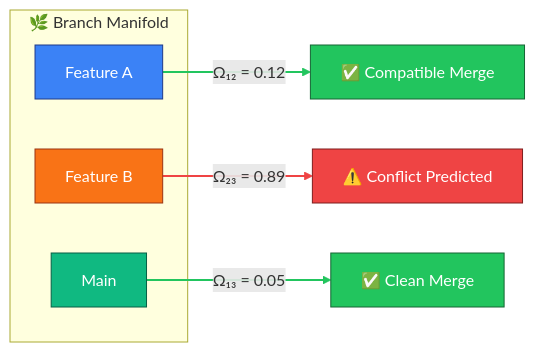
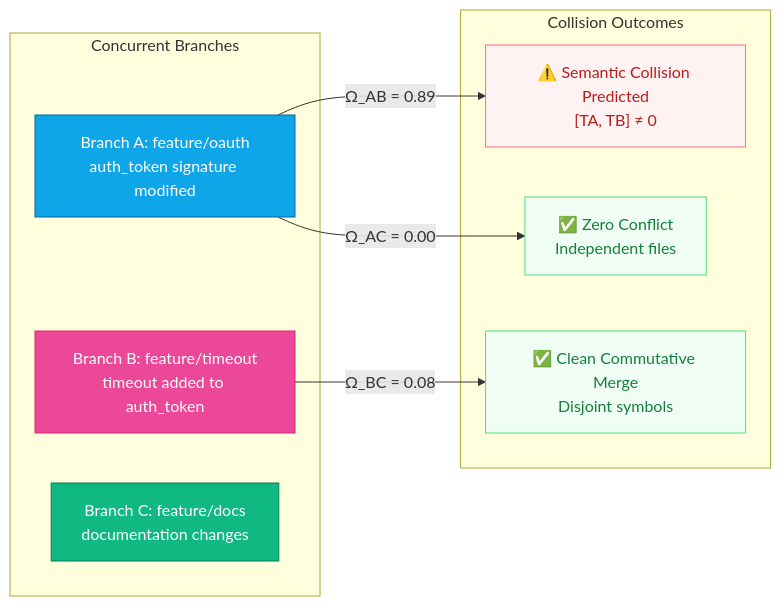
The third of 3 diagrams in README.md (Sarthak2233/GDSS), drawn with Mermaid before and after one commit. The commit also changed other lines of this file and 330 other files, not shown here.

First line of the commit message:
feat(core,ai,mcp,validation,ci): Semantic PR Collision Radar & Convergence Assistant

````diff
--- a/README.md
+++ b/README.md
@@ -315,22 +534,25 @@
 ```mermaid
 flowchart LR
-    subgraph Branches["🌿 Branch Manifold"]
-        A["Feature A"]
-        B["Feature B"]
-        C["Main"]
+    subgraph Branches["Concurrent Branches"]
+        BA["Branch A: feature/oauth<br>auth_token signature modified"]
+        BB["Branch B: feature/timeout<br>timeout added to auth_token"]
+        BC["Branch C: feature/docs<br>documentation changes"]
     end
-    
-    A -- "Ω₁₂ = 0.12" --> Conflict["✅ Compatible Merge"]
-    B -- "Ω₂₃ = 0.89" --> Conflict2["⚠️ Conflict Predicted"]
-    C -- "Ω₁₃ = 0.05" --> Conflict3["✅ Clean Merge"]
-    
-    style A fill:#3b82f6,stroke:#1e3a8a,color:#fff
-    style B fill:#f97316,stroke:#9a3412,color:#fff
-    style C fill:#10b981,stroke:#065f46,color:#fff
-    style Conflict fill:#22c55e,stroke:#166534,color:#fff
-    style Conflict2 fill:#ef4444,stroke:#7f1d1d,color:#fff
-    style Conflict3 fill:#22c55e,stroke:#166534,color:#fff
 
-    linkStyle 0,2 stroke:#22c55e,stroke-width:2px
-    linkStyle 1 stroke:#ef4444,stroke-width:2px
+    subgraph Outcomes["Collision Outcomes"]
+        OC1["⚠️ Semantic Collision Predicted<br>[TA, TB] ≠ 0"]
+        OC2["✅ Clean Commutative Merge<br>Disjoint symbols"]
+        OC3["✅ Zero Conflict<br>Independent files"]
+    end
+
+    BA -->|"Ω_AB = 0.89"| OC1
+    BB -->|"Ω_BC = 0.08"| OC2
+    BA -->|"Ω_AC = 0.00"| OC3
+
+    style BA fill:#0ea5e9,stroke:#0369a1,color:#fff
+    style BB fill:#ec4899,stroke:#db2777,color:#fff
+    style BC fill:#10b981,stroke:#047857,color:#fff
+    style OC1 fill:#fef2f2,stroke:#f87171,color:#b91c1c
+    style OC2 fill:#f0fdf4,stroke:#4ade80,color:#15803d
+    style OC3 fill:#f0fdf4,stroke:#4ade80,color:#15803d
 ```
````
